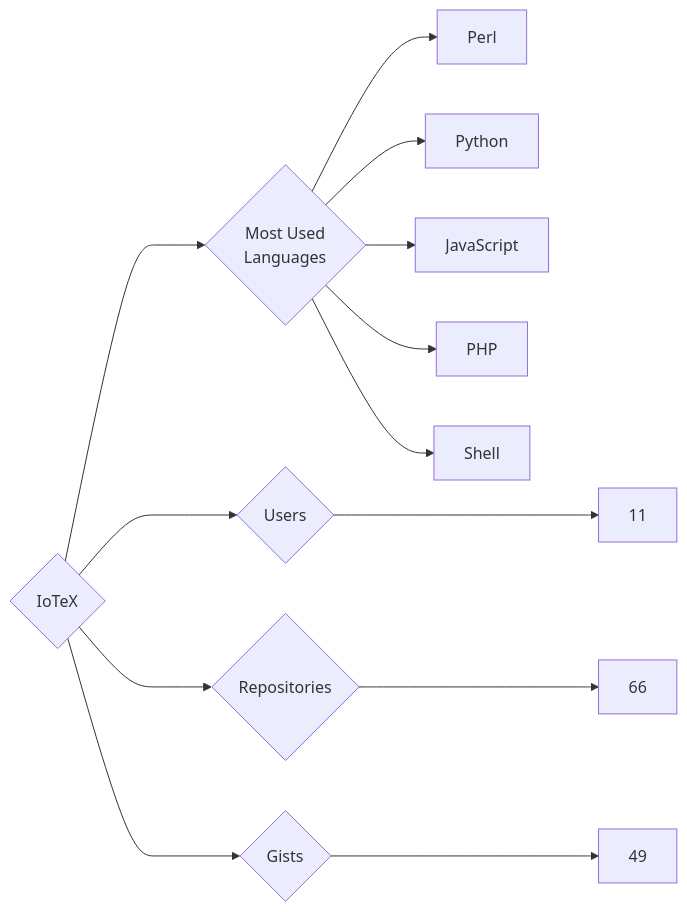
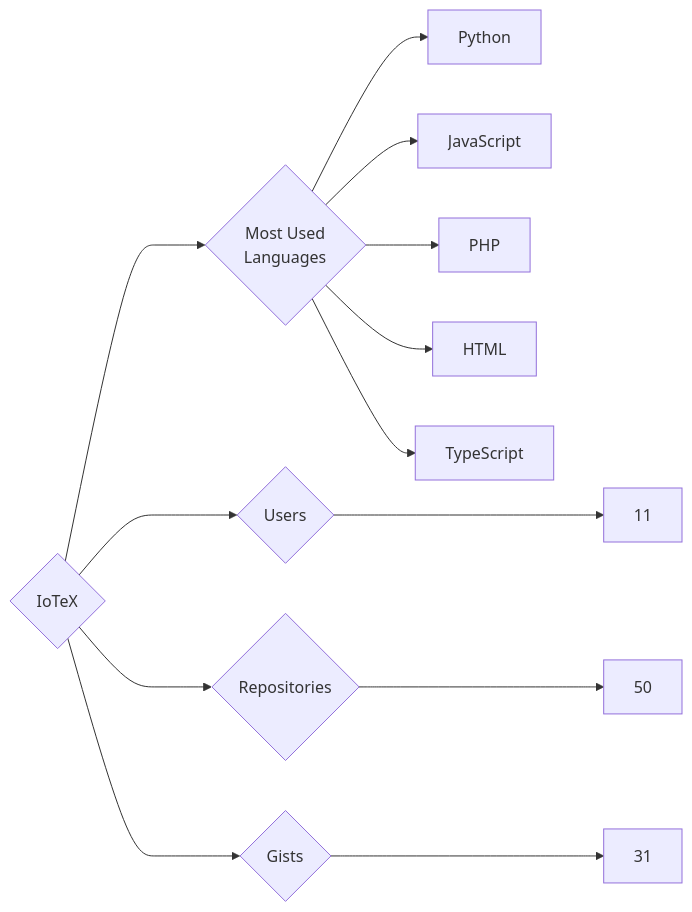
The diagram in targets/IoTeX/README.md (trickest/insiders), drawn with Mermaid before and after one commit. The commit also changed 840 other files, not shown here.

````diff
--- a/targets/IoTeX/README.md
+++ b/targets/IoTeX/README.md
@@ -3,13 +3,13 @@
 ```mermaid
 graph LR
 COMPANY_NAME{IoTeX}
 COMPANY_NAME ---> U{Users} ---> UN[11]
-COMPANY_NAME ---> R{Repositories} ---> RN[66]
-COMPANY_NAME ---> G{Gists} ---> GN[49]
+COMPANY_NAME ---> R{Repositories} ---> RN[50]
+COMPANY_NAME ---> G{Gists} ---> GN[31]
 COMPANY_NAME ---> ML{Most Used<br>Languages}
-ML --> Perl[Perl]
 ML --> Python[Python]
 ML --> JavaScript[JavaScript]
 ML --> PHP[PHP]
-ML --> Shell[Shell]
+ML --> HTML[HTML]
+ML --> TypeScript[TypeScript]
 ```
````
